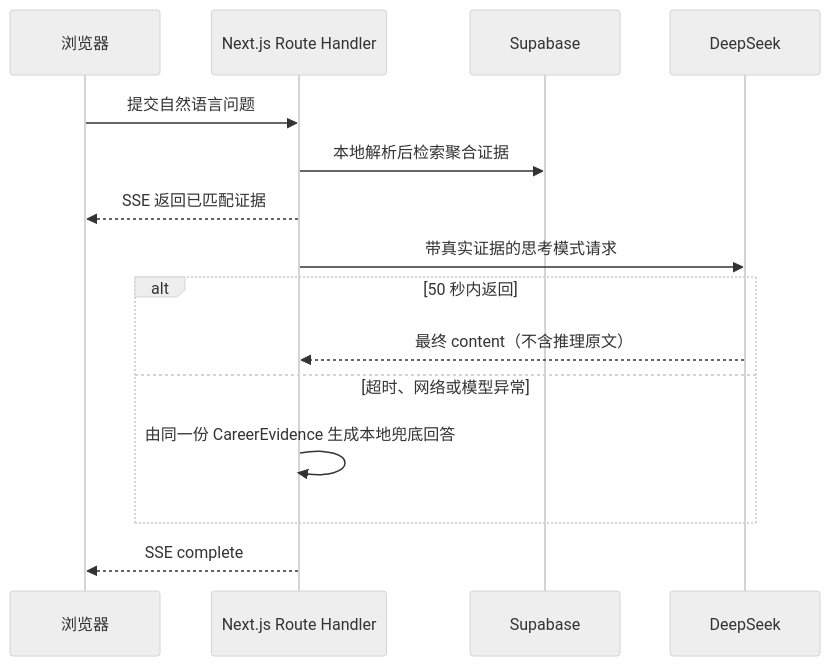
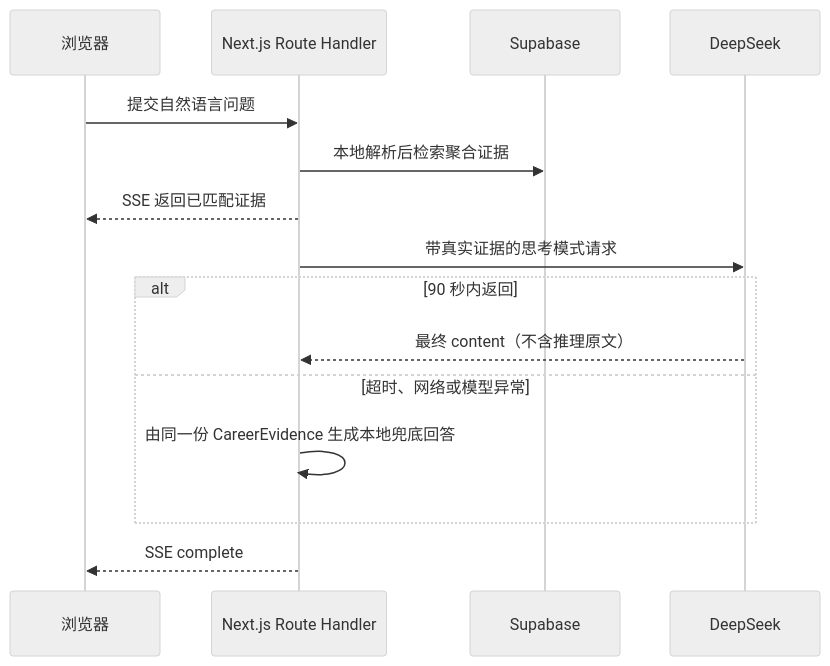
Before and after one commit to sunny20060815/career_vector: the diagram in docs/superpowers/specs/2026-09-01-deep-thinking-courseware-design.md, drawn with Mermaid (neutral theme). The commit also changed other lines of this file and 19 other files, not shown here.

````diff
--- a/docs/superpowers/specs/2026-09-01-deep-thinking-courseware-design.md
+++ b/docs/superpowers/specs/2026-09-01-deep-thinking-courseware-design.md
@@ -18,18 +18,18 @@
 ```mermaid
 sequenceDiagram
   participant B as 浏览器
   participant N as Next.js Route Handler
   participant S as Supabase
   participant D as DeepSeek
 
   B->>N: 提交自然语言问题
   N->>S: 本地解析后检索聚合证据
   N-->>B: SSE 返回已匹配证据
   N->>D: 带真实证据的思考模式请求
-  alt 50 秒内返回
+  alt 90 秒内返回
     D-->>N: 最终 content（不含推理原文）
   else 超时、网络或模型异常
     N->>N: 由同一份 CareerEvidence 生成本地兜底回答
   end
   N-->>B: SSE complete
 ```
````
